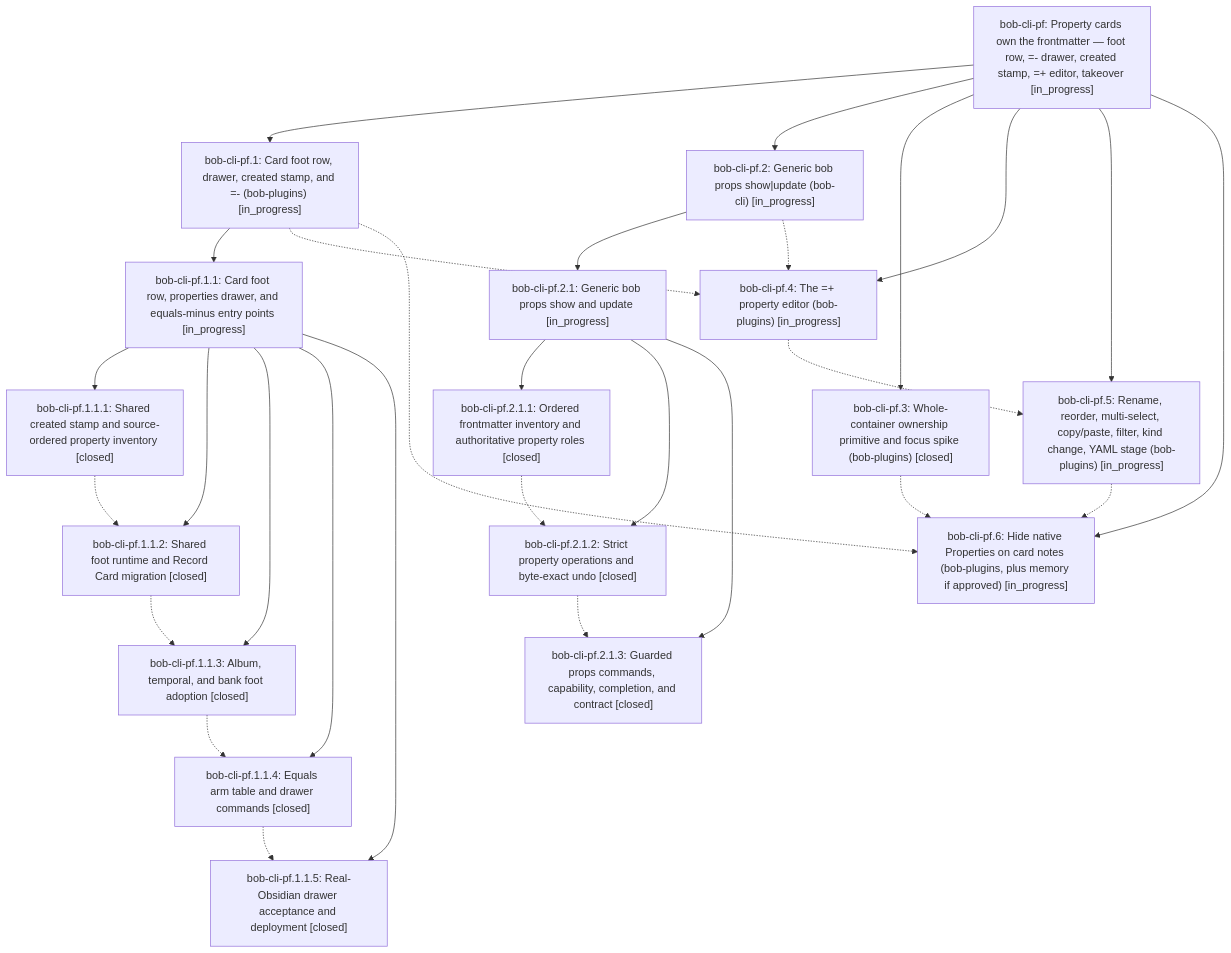
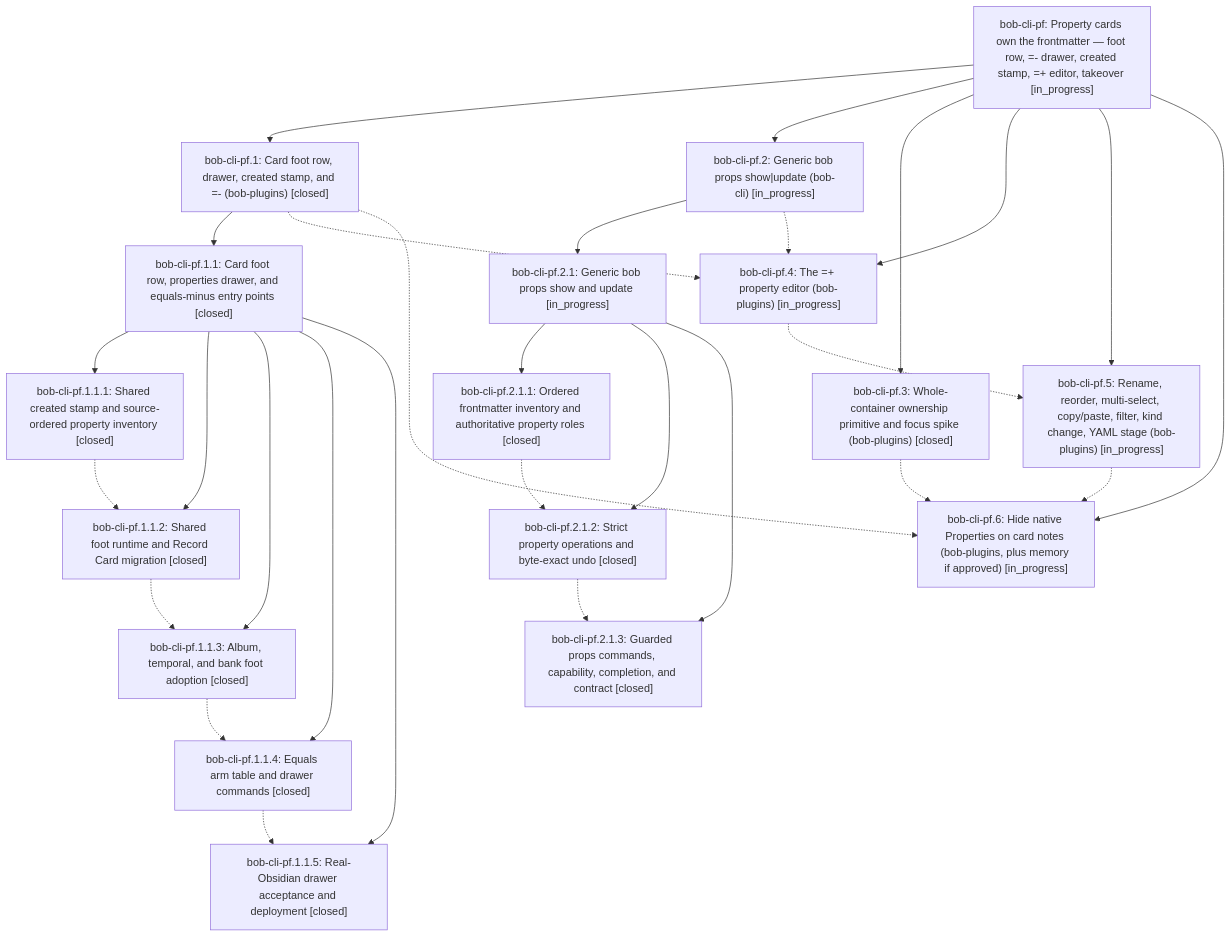
The diagram in pages/bob-cli-pf/README.md (bobs-org/bob-cli--beads), drawn with Mermaid before and after one commit. The commit also changed other lines of this file and 8 other files, not shown here.

First line of the commit message:
chore(beads): sync bead state and pages for bob-cli-pf

````diff
--- a/pages/bob-cli-pf/README.md
+++ b/pages/bob-cli-pf/README.md
@@ -41,48 +41,48 @@
 ```mermaid
 flowchart TD
     n0["bob-cli-pf: Property cards own the frontmatter — foot row, =- drawer, created stamp, =+ editor, takeover [in_progress]"]
-    n1["bob-cli-pf.1: Card foot row, drawer, created stamp, and =- (bob-plugins) [in_progress]"]
-    n2["bob-cli-pf.1.1: Card foot row, properties drawer, and equals-minus entry points [in_progress]"]
+    n1["bob-cli-pf.1: Card foot row, drawer, created stamp, and =- (bob-plugins) [closed]"]
+    n2["bob-cli-pf.1.1: Card foot row, properties drawer, and equals-minus entry points [closed]"]
     n3["bob-cli-pf.1.1.1: Shared created stamp and source-ordered property inventory [closed]"]
     n4["bob-cli-pf.1.1.2: Shared foot runtime and Record Card migration [closed]"]
     n5["bob-cli-pf.1.1.3: Album, temporal, and bank foot adoption [closed]"]
     n6["bob-cli-pf.1.1.4: Equals arm table and drawer commands [closed]"]
     n7["bob-cli-pf.1.1.5: Real-Obsidian drawer acceptance and deployment [closed]"]
     n8["bob-cli-pf.2: Generic bob props show|update (bob-cli) [in_progress]"]
     n9["bob-cli-pf.2.1: Generic bob props show and update [in_progress]"]
     n10["bob-cli-pf.2.1.1: Ordered frontmatter inventory and authoritative property roles [closed]"]
     n11["bob-cli-pf.2.1.2: Strict property operations and byte-exact undo [closed]"]
     n12["bob-cli-pf.2.1.3: Guarded props commands, capability, completion, and contract [closed]"]
     n13["bob-cli-pf.3: Whole-container ownership primitive and focus spike (bob-plugins) [closed]"]
     n14["bob-cli-pf.4: The =+ property editor (bob-plugins) [in_progress]"]
     n15["bob-cli-pf.5: Rename, reorder, multi-select, copy/paste, filter, kind change, YAML stage (bob-plugins) [in_progress]"]
     n16["bob-cli-pf.6: Hide native Properties on card notes (bob-plugins, plus memory if approved) [in_progress]"]
     n0 --> n1
     n1 --> n2
     n2 --> n3
     n2 --> n4
     n2 --> n5
     n2 --> n6
     n2 --> n7
     n0 --> n8
     n8 --> n9
     n9 --> n10
     n9 --> n11
     n9 --> n12
     n0 --> n13
     n0 --> n14
     n0 --> n15
     n0 --> n16
     n1 -.-> n14
     n1 -.-> n16
     n3 -.-> n4
     n4 -.-> n5
     n5 -.-> n6
     n6 -.-> n7
     n8 -.-> n14
     n10 -.-> n11
     n11 -.-> n12
     n13 -.-> n16
     n14 -.-> n15
     n15 -.-> n16
 ```
````
